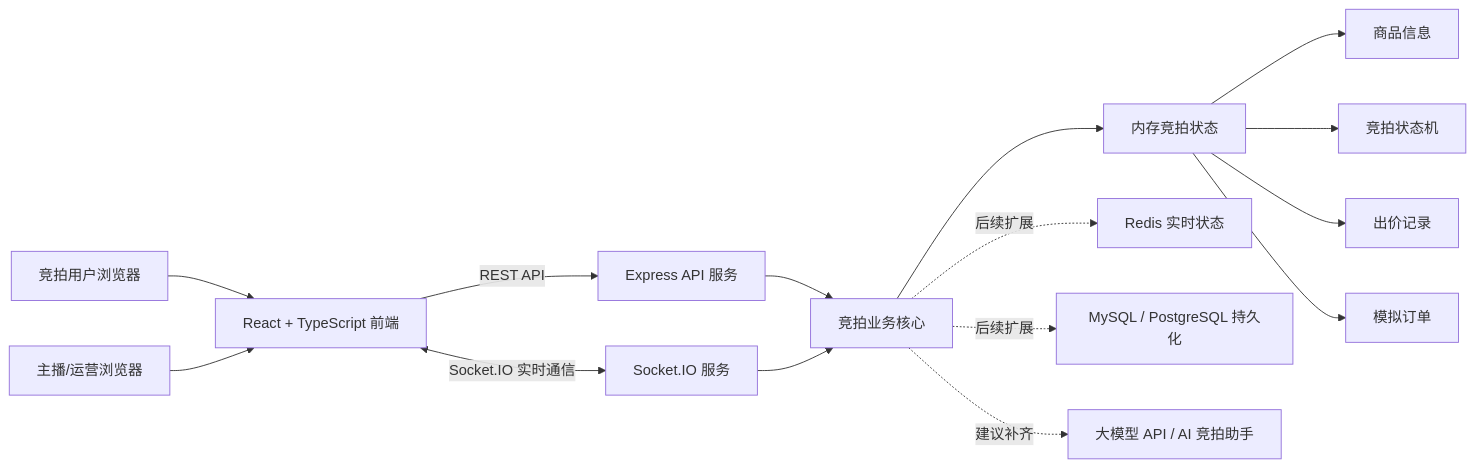
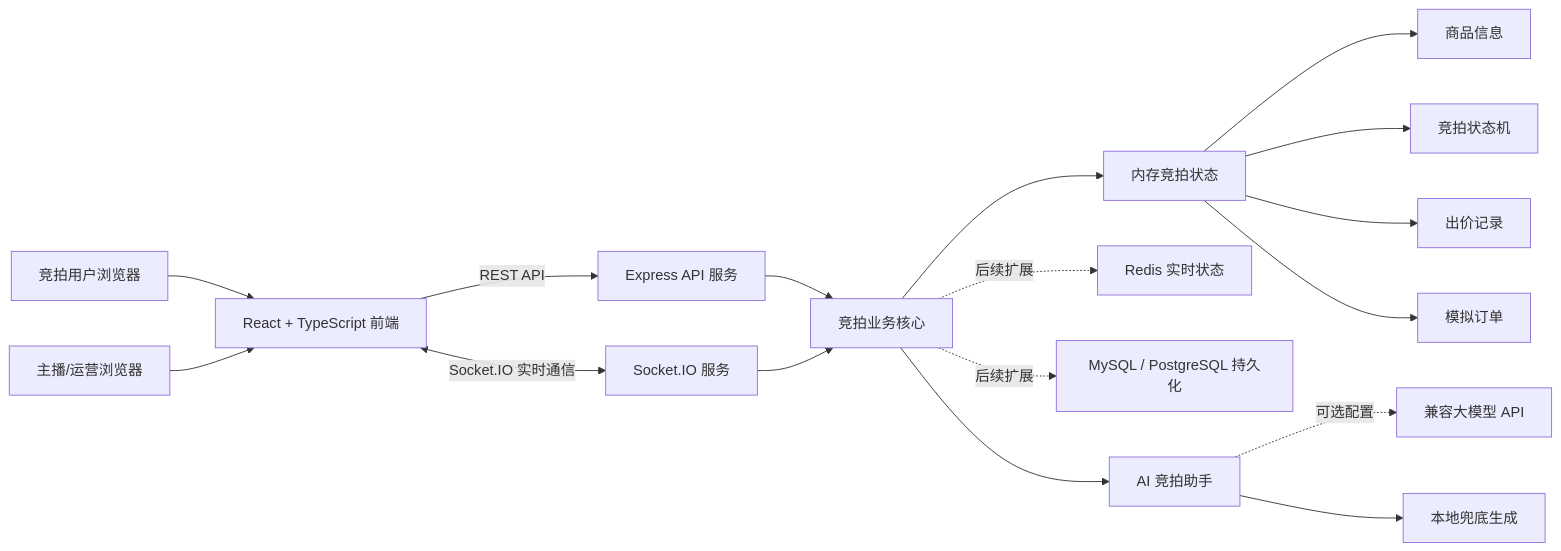
Before and after one commit to fafa-zero/realtime-auction-master: the first of 2 diagrams in docs/final-demo-submission.md, drawn with Mermaid. The commit also changed other lines of this file and 10 other files, not shown here.

````diff
--- a/docs/final-demo-submission.md
+++ b/docs/final-demo-submission.md
@@ -209,21 +210,23 @@
 ```mermaid
 flowchart LR
   User[竞拍用户浏览器] --> Web[React + TypeScript 前端]
   Host[主播/运营浏览器] --> Web
 
   Web -->|REST API| API[Express API 服务]
   Web <-->|Socket.IO 实时通信| WS[Socket.IO 服务]
 
   API --> Core[竞拍业务核心]
   WS --> Core
 
   Core --> State[内存竞拍状态]
   State --> Product[商品信息]
   State --> Auction[竞拍状态机]
   State --> Bid[出价记录]
   State --> Order[模拟订单]
 
   Core -.后续扩展.-> Redis[Redis 实时状态]
   Core -.后续扩展.-> DB[MySQL / PostgreSQL 持久化]
-  Core -.建议补齐.-> AI[大模型 API / AI 竞拍助手]
+  Core --> AI[AI 竞拍助手]
+  AI -.可选配置.-> Model[兼容大模型 API]
+  AI --> Fallback[本地兜底生成]
 ```
````
